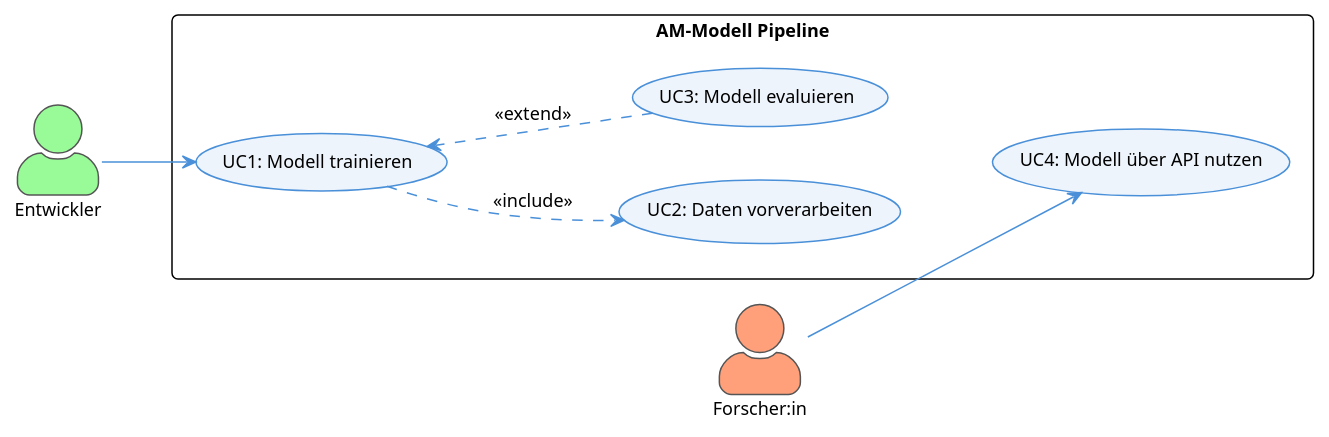
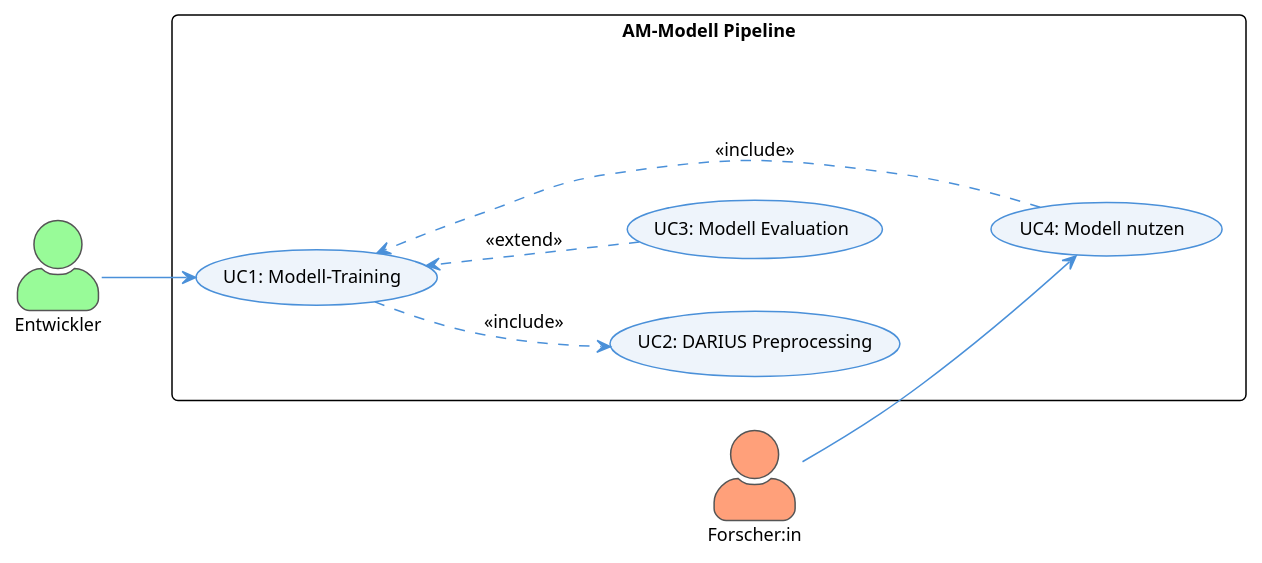
The diagram in documentation/model/use-case.plantuml (felixdrescher/german_am_modell), drawn with PlantUML before and after one commit. The commit also changed 1 other file, not shown here.

```diff
--- a/documentation/model/use-case.plantuml
+++ b/documentation/model/use-case.plantuml
@@ -1,49 +1,51 @@
 @startuml Use-Case Modell
 !theme plain
 skinparam defaultFontName Arial
 skinparam defaultFontSize 12
 skinparam roundcorner 8
 skinparam actorStyle awesome
 
 skinparam usecase {
     BackgroundColor #EEF4FB
     BorderColor #4A90D9
     ArrowColor #4A90D9
 }
 skinparam actor {
     BackgroundColor #FAFAFA
     BorderColor #555
 }
 
 left to right direction
 
 ' ── Akteure ──────────────────────────────────────────────
 actor "Entwickler" as DEV #PaleGreen
 actor "Forscher:in" as RES #LightSalmon
 
 ' ── Use Cases ─────────────────────────────────────────────
 rectangle "AM-Modell Pipeline" {
-    usecase "UC1: Modell trainieren" as UC1
-    usecase "UC2: Daten vorverarbeiten" as UC2
-    usecase "UC3: Modell evaluieren" as UC3
-    usecase "UC4: Modell über API nutzen" as UC4
+    usecase "UC1: Modell-Training" as UC1
+    usecase "UC2: DARIUS Preprocessing" as UC2
+    usecase "UC3: Modell Evaluation" as UC3
+    usecase "UC4: Modell nutzen" as UC4
     
     ' Layout-Stabilisierung (Hidden Links)
     UC2 -[hidden]down-> UC1
     UC1 -[hidden]down-> UC3
     UC3 -[hidden]down-> UC4
 }
 
 ' ── Beziehungen ───────────────────────────────────────────
 ' Akteure mit ihren primären Zielen
 DEV --> UC1
 RES --> UC4
 
 ' Fachliche Abhängigkeiten
 ' UC1 benötigt zwingend UC2
 UC1 ..> UC2 : <<include>>
 
 ' Optionale Erweiterungen (vom erweiternden UC zum Basis-UC)
 UC3 ..> UC1 : <<extend>>
+UC4 ..> UC1 : <<include>>
+
 
 @enduml
```
